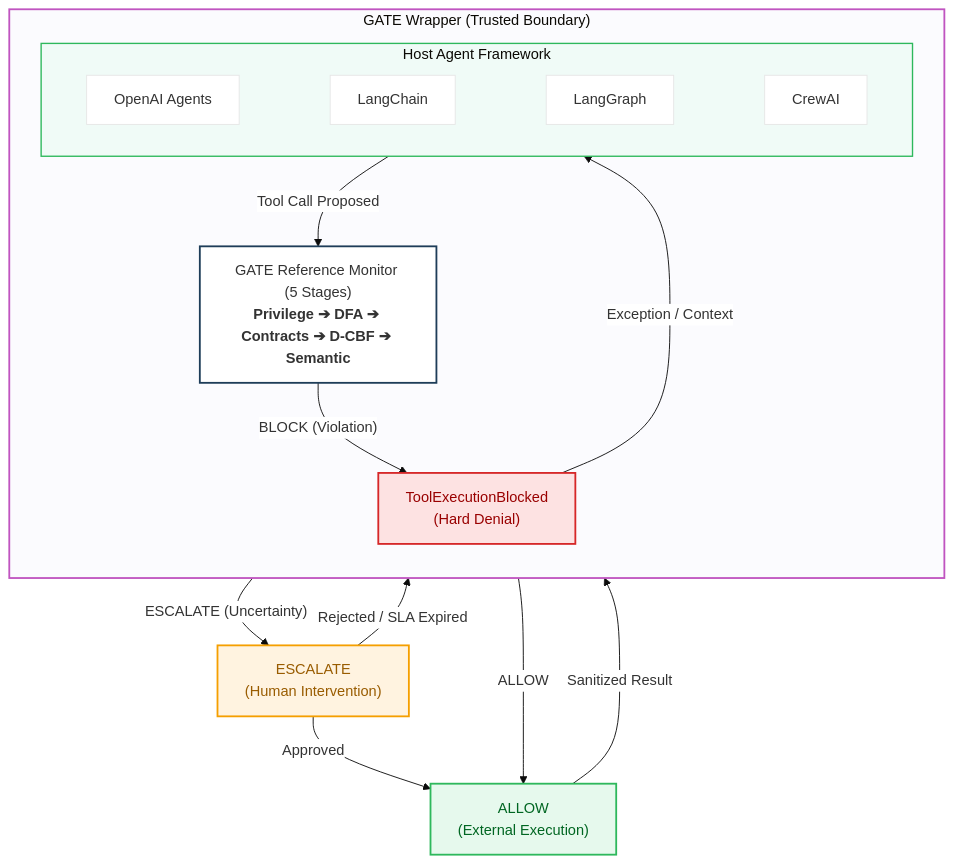
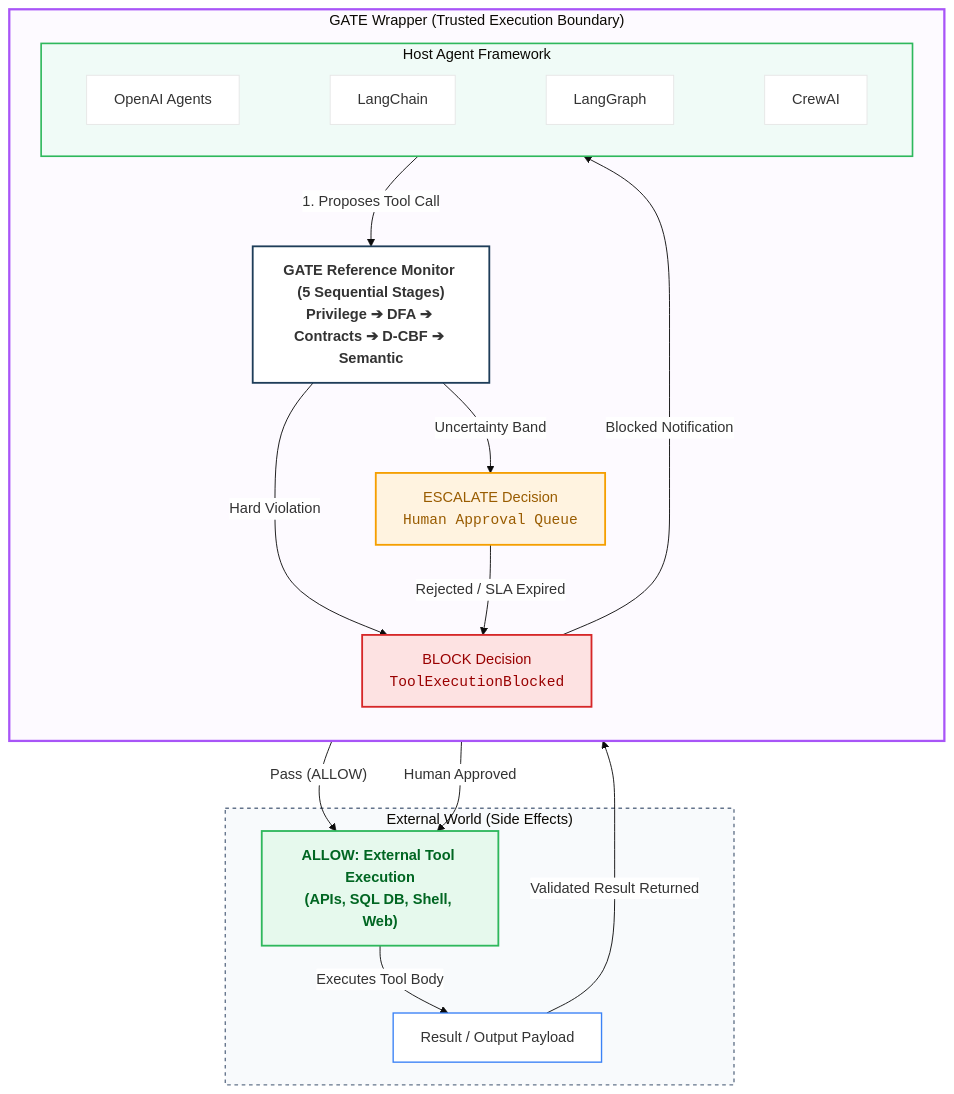
One commit to CharafeddineMechalikh/GATE changed the diagram in README.md. Above: the diagram before and after it, drawn with Mermaid.

Commit message:
docs: fix README diagram - decisions inside GATE boundary, only ALLOW exits to external execution

````diff
--- a/README.md
+++ b/README.md
@@ -93,29 +93,44 @@
 ```mermaid
 %%{init: {'theme': 'base', 'themeVariables': { 'primaryColor': '#ffffff', 'edgeLabelBackground':'#ffffff', 'tertiaryColor': '#f4f6fb'}}}%%
 flowchart TD
-    subgraph Wrapper["GATE Wrapper (Trusted Boundary)"]
+    subgraph GATE_Boundary["GATE Wrapper (Trusted Execution Boundary)"]
         direction TB
+
         subgraph Host["Host Agent Framework"]
             direction LR
             OA["OpenAI Agents"] ~~~ LC["LangChain"] ~~~ LG["LangGraph"] ~~~ CW["CrewAI"]
         end
 
-        Host -->|"Tool Call Proposed"| M["GATE Reference Monitor (5 Stages)<br><b>Privilege ➔ DFA ➔ Contracts ➔ D-CBF ➔ Semantic</b>"]
-        M -->|"BLOCK (Violation)"| N["ToolExecutionBlocked<br>(Hard Denial)"]
-        N -->|"Exception / Context"| Host
+        M["GATE Reference Monitor (5 Sequential Stages)<br><b>Privilege ➔ DFA ➔ Contracts ➔ D-CBF ➔ Semantic</b>"]
+        
+        B_NODE["BLOCK Decision<br><code>ToolExecutionBlocked</code>"]
+        E_NODE["ESCALATE Decision<br><code>Human Approval Queue</code>"]
+
+        Host -->|"1. Proposes Tool Call"| M
+        M -->|"Hard Violation"| B_NODE
+        M -->|"Uncertainty Band"| E_NODE
+
+        B_NODE -->|"Blocked Notification"| Host
+        E_NODE -->|"Rejected / SLA Expired"| B_NODE
     end
 
-    M -->|"ALLOW"| A["ALLOW<br>(External Execution)"]
-    M -->|"ESCALATE (Uncertainty)"| E["ESCALATE<br>(Human Intervention)"]
+    %% External World (Outside GATE Boundary)
+    subgraph External["External World (Side Effects)"]
+        EXT["ALLOW: External Tool Execution<br>(APIs, SQL DB, Shell, Web)"]
+        RES["Result / Output Payload"]
+    end
 
-    E -->|"Approved"| A
-    E -->|"Rejected / SLA Expired"| N
-    A -->|"Sanitized Result"| Host
+    M -->|"Pass (ALLOW)"| EXT
+    E_NODE -->|"Human Approved"| EXT
+    EXT -->|"Executes Tool Body"| RES
+    RES -->|"Validated Result Returned"| Host
 
-    style Wrapper fill:#fbfbfe,stroke:#c054c0,stroke-width:2px
-    style Host fill:#f0fbf7,stroke:#2eb85c,stroke-width:1.5px
-    style M fill:#ffffff,stroke:#1e3d59,stroke-width:2px
-    style N fill:#fde2e2,stroke:#d62728,stroke-width:2px,color:#990000
-    style A fill:#e6f9ed,stroke:#2eb85c,stroke-width:2px,color:#006622
-    style E fill:#fff3e0,stroke:#f59f00,stroke-width:2px,color:#995c00
+    style GATE_Boundary fill:#fdfaff,stroke:#a855f7,stroke-width:2.5px
+    style Host fill:#f0fbf7,stroke:#2eb85c,stroke-width:1.8px
+    style M fill:#ffffff,stroke:#1e3d59,stroke-width:2px,font-weight:bold
+    style B_NODE fill:#fde2e2,stroke:#d62728,stroke-width:2px,color:#990000
+    style E_NODE fill:#fff3e0,stroke:#f59f00,stroke-width:2px,color:#995c00
+    style External fill:#f8fafc,stroke:#64748b,stroke-width:1.5px,stroke-dasharray: 4 4
+    style EXT fill:#e6f9ed,stroke:#2eb85c,stroke-width:2px,color:#006622,font-weight:bold
+    style RES fill:#ffffff,stroke:#3b82f6,stroke-width:1.5px
 ```
````
